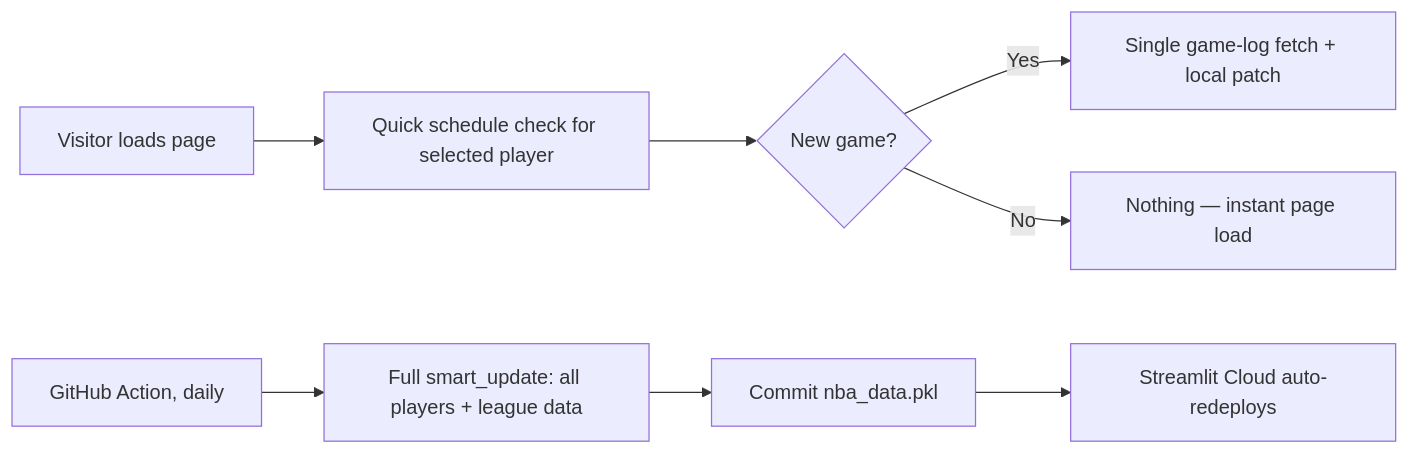
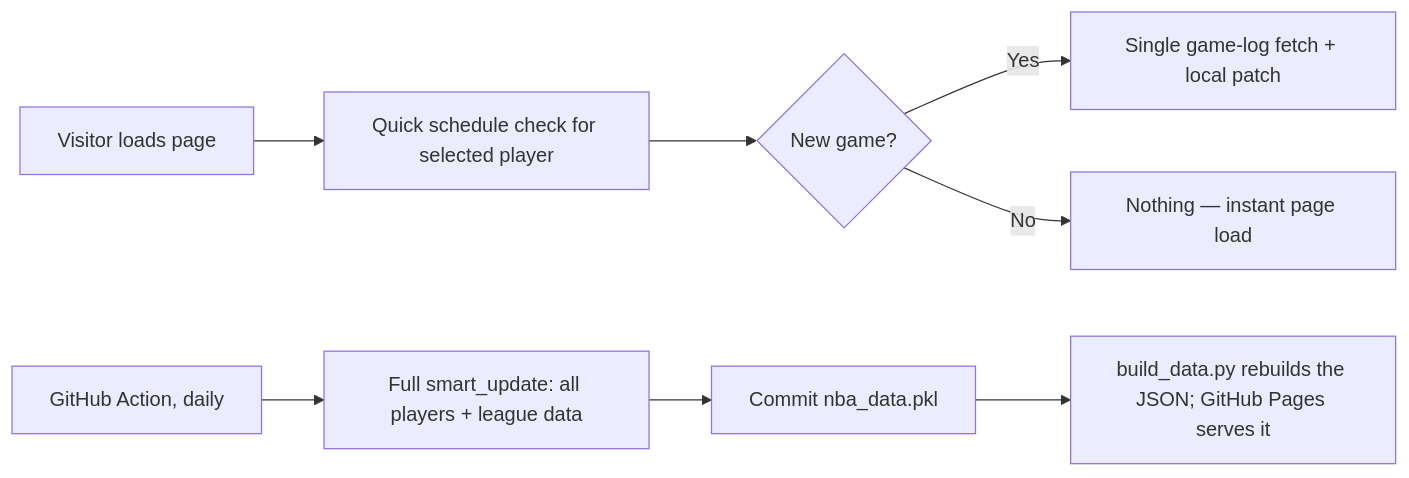
Before and after one commit to RShiri/nba-dashboard: the diagram in README.md, drawn with Mermaid. The commit also changed other lines of this file and 20 other files, not shown here.

````diff
--- a/README.md
+++ b/README.md
@@ -129,10 +137,10 @@
 ```mermaid
 graph LR
     A[Visitor loads page] --> B[Quick schedule check for selected player]
     B --> C{New game?}
     C -->|Yes| D[Single game-log fetch + local patch]
     C -->|No| E[Nothing — instant page load]
     F[GitHub Action, daily] --> G[Full smart_update: all players + league data]
     G --> H[Commit nba_data.pkl]
-    H --> I[Streamlit Cloud auto-redeploys]
+    H --> I[build_data.py rebuilds the JSON; GitHub Pages serves it]
 ```
````
